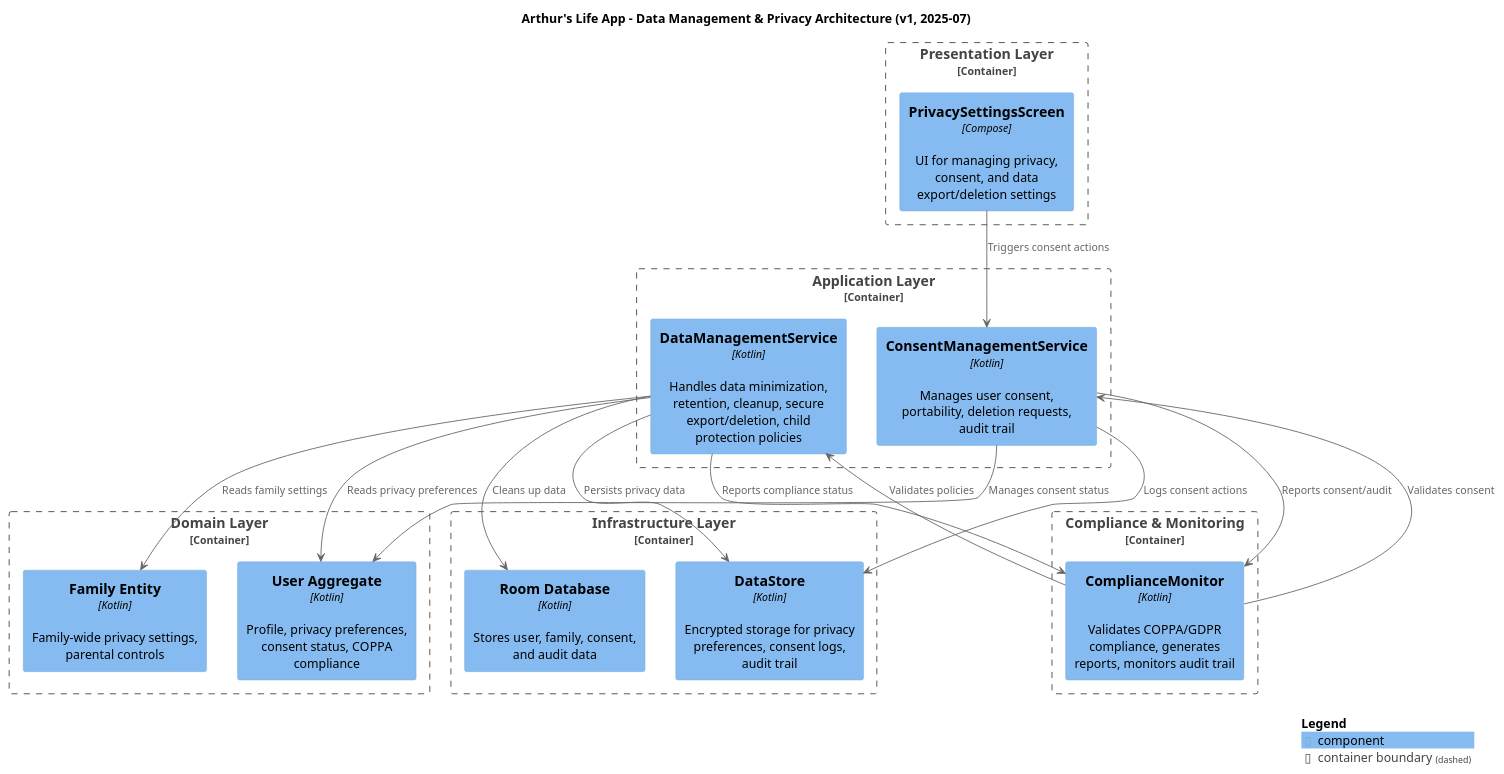
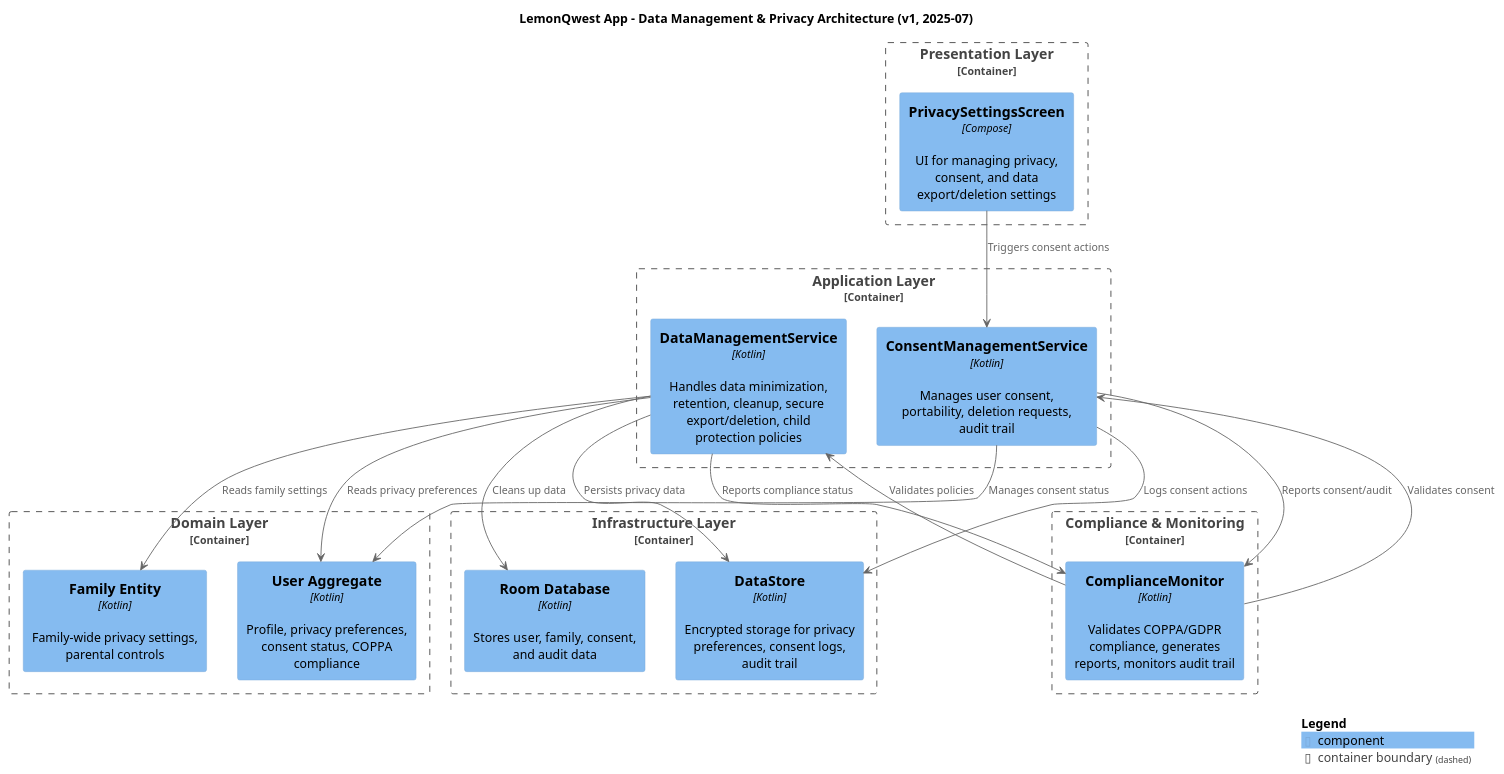
The diagram in docs/diagrams/data-management-privacy-architecture.puml (almeidaraphael/arthurs-life-app), drawn with PlantUML before and after one commit. The commit also changed 778 other files, not shown here.

First line of the commit message:
refactor: rename Arthurs Life App to LemonQwest across codebase and documentation

```diff
--- a/docs/diagrams/data-management-privacy-architecture.puml
+++ b/docs/diagrams/data-management-privacy-architecture.puml
@@ -1,45 +1,45 @@
 @startuml data-management-privacy-architecture
 !includeurl https://raw.githubusercontent.com/plantuml-stdlib/C4-PlantUML/master/C4_Component.puml
 
 LAYOUT_WITH_LEGEND()
 
-title Arthur's Life App - Data Management & Privacy Architecture (v1, 2025-07)
+title LemonQwest App - Data Management & Privacy Architecture (v1, 2025-07)
 
 Container_Boundary(domain, "Domain Layer") {
   Component(user, "User Aggregate", "Kotlin", "Profile, privacy preferences, consent status, COPPA compliance")
   Component(family, "Family Entity", "Kotlin", "Family-wide privacy settings, parental controls")
 }
 
 Container_Boundary(application, "Application Layer") {
   Component(dataManagementService, "DataManagementService", "Kotlin", "Handles data minimization, retention, cleanup, secure export/deletion, child protection policies")
   Component(consentManagementService, "ConsentManagementService", "Kotlin", "Manages user consent, portability, deletion requests, audit trail")
 }
 
 Container_Boundary(infrastructure, "Infrastructure Layer") {
   Component(dataStore, "DataStore", "Kotlin", "Encrypted storage for privacy preferences, consent logs, audit trail")
   Component(database, "Room Database", "Kotlin", "Stores user, family, consent, and audit data")
 }
 
 Container_Boundary(presentation, "Presentation Layer") {
   Component(privacySettingsScreen, "PrivacySettingsScreen", "Compose", "UI for managing privacy, consent, and data export/deletion settings")
 }
 
 Container_Boundary(compliance, "Compliance & Monitoring") {
   Component(complianceMonitor, "ComplianceMonitor", "Kotlin", "Validates COPPA/GDPR compliance, generates reports, monitors audit trail")
 }
 
 ' Relationships
 dataManagementService --> user : "Reads privacy preferences"
 dataManagementService --> family : "Reads family settings"
 dataManagementService --> dataStore : "Persists privacy data"
 dataManagementService --> database : "Cleans up data"
 dataManagementService --> complianceMonitor : "Reports compliance status"
 consentManagementService --> user : "Manages consent status"
 consentManagementService --> dataStore : "Logs consent actions"
 consentManagementService --> complianceMonitor : "Reports consent/audit"
 privacySettingsScreen --> consentManagementService : "Triggers consent actions"
 complianceMonitor --> dataManagementService : "Validates policies"
 complianceMonitor --> consentManagementService : "Validates consent"
 
 SHOW_LEGEND()
 @enduml
```
